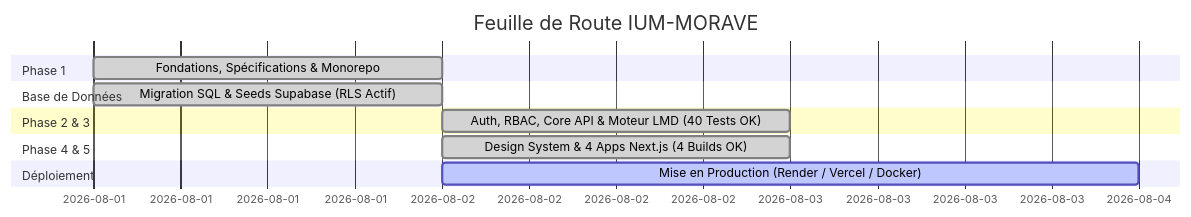
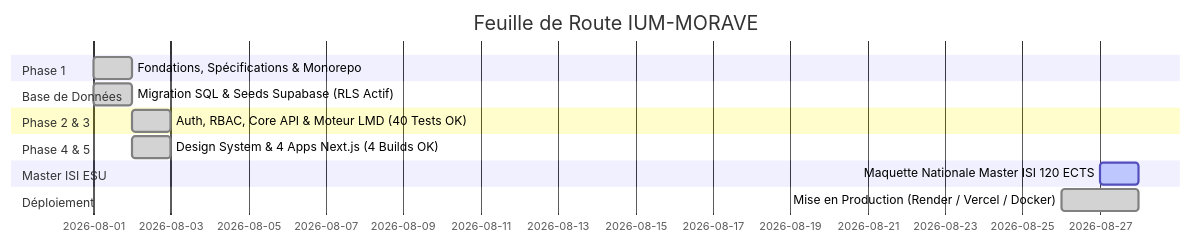
Before and after one commit to Adolphechris/IUM-MORAVE: the diagram in TODO.md, drawn with Mermaid. The commit also changed other lines of this file and 4 other files, not shown here.

Commit message:
feat(lmd): complete ESU RDC Master ISI 120 ECTS curriculum integration with 4-semester credit calculations, official UNILU layout, and HMAC QR verification

````diff
--- a/TODO.md
+++ b/TODO.md
@@ -10,15 +10,17 @@
 ```mermaid
 gantt
     title Feuille de Route IUM-MORAVE
     dateFormat  YYYY-MM-DD
     section Phase 1
     Fondations, Spécifications & Monorepo             :done, 2026-08-01, 1d
     section Base de Données
     Migration SQL & Seeds Supabase (RLS Actif)        :done, 2026-08-01, 1d
     section Phase 2 & 3
     Auth, RBAC, Core API & Moteur LMD (40 Tests OK)   :done, 2026-08-02, 1d
     section Phase 4 & 5
     Design System & 4 Apps Next.js (4 Builds OK)      :done, 2026-08-02, 1d
+    section Master ISI ESU
+    Maquette Nationale Master ISI 120 ECTS            :active, 2026-08-27, 1d
     section Déploiement
-    Mise en Production (Render / Vercel / Docker)     :active, 2026-08-02, 2d
+    Mise en Production (Render / Vercel / Docker)     :done, 2026-08-26, 2d
 ```
````
